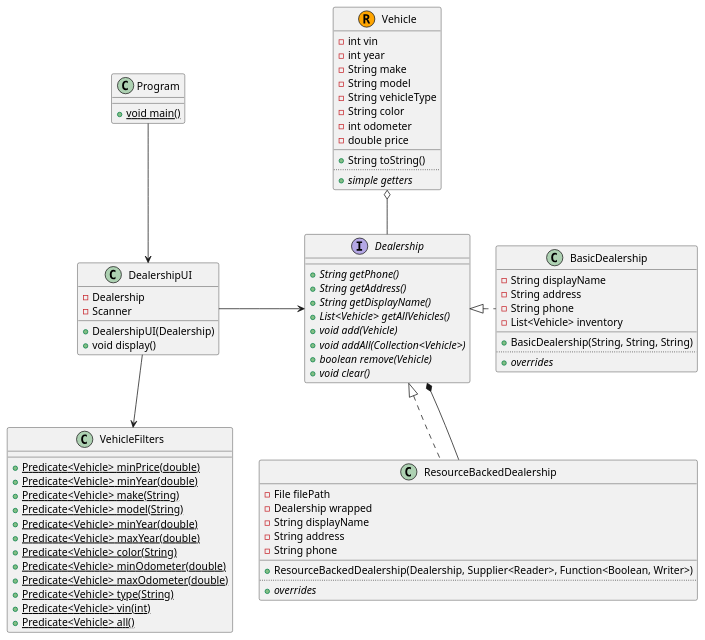
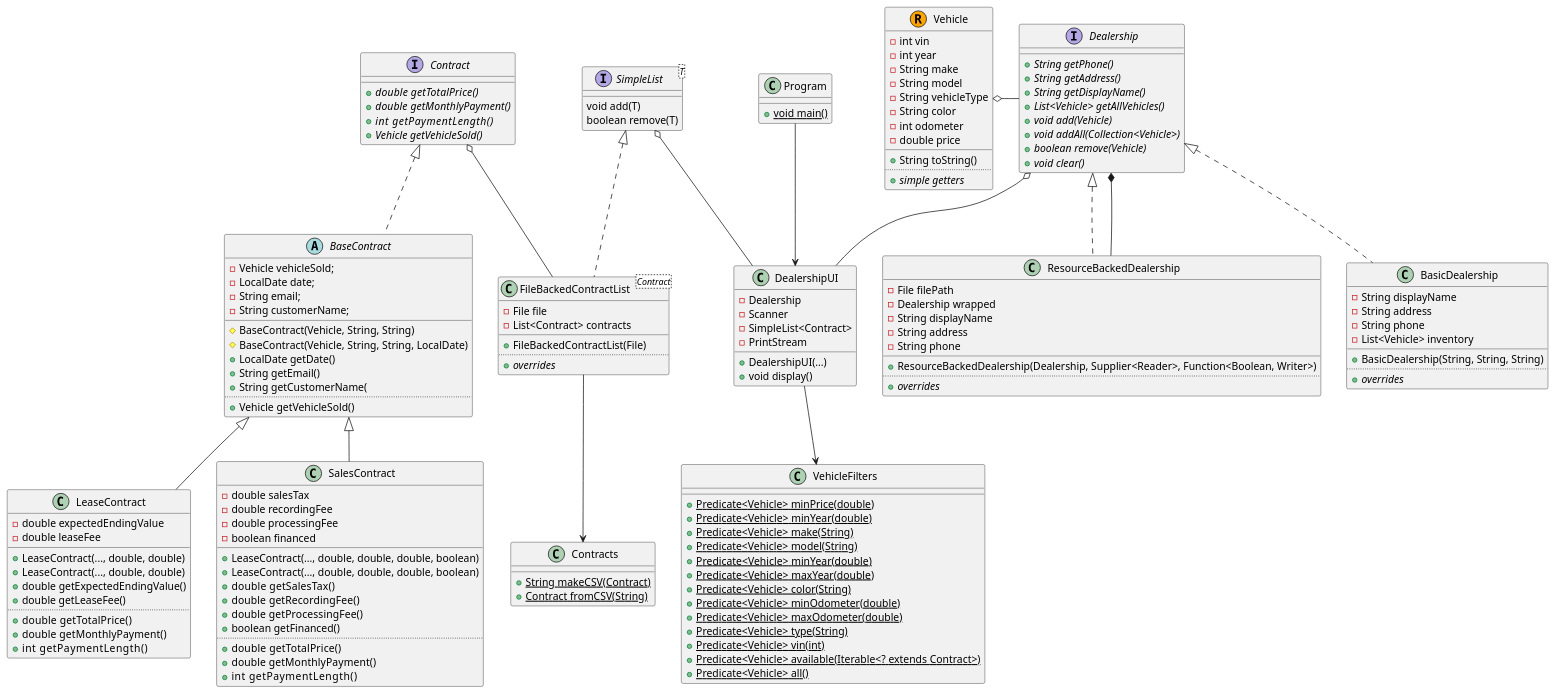
Before and after one commit to Benjamin-Bergman/CarDealership: the diagram in Class_Diagram.puml, drawn with PlantUML. The commit also changed 1 other file, not shown here.

Commit message:
Update Class Diagram

```diff
--- a/Class_Diagram.puml
+++ b/Class_Diagram.puml
@@ -1,79 +1,164 @@
 @startuml
 class Program {
 + {static} void main()
 }
 class DealershipUI {
 - Dealership
 - Scanner
-+ DealershipUI(Dealership)
+- SimpleList<Contract>
+- PrintStream
++ DealershipUI(...)
 + void display()
 }
-together {
-    interface Dealership {
-    + {abstract} String getPhone()
-    + {abstract} String getAddress()
-    + {abstract} String getDisplayName()
-    + {abstract} List<Vehicle> getAllVehicles()
-    + {abstract} void add(Vehicle)
-    + {abstract} void addAll(Collection<Vehicle>)
-    + {abstract} boolean remove(Vehicle)
-    + {abstract} void clear()
-    }
-    class BasicDealership {
-    - String displayName
-    - String address
-    - String phone
-    - List<Vehicle> inventory
-    __
-    + BasicDealership(String, String, String)
-    ..
-    + {abstract} {method} overrides
-    }
-    class ResourceBackedDealership Implements Dealership {
-    - File filePath
-    - Dealership wrapped
-    - String displayName
-    - String address
-    - String phone
-    __
-    + ResourceBackedDealership(Dealership, Supplier<Reader>, Function<Boolean, Writer>)
-    ..
-    + {abstract} {method} overrides
-    }
+interface Dealership {
++ {abstract} String getPhone()
++ {abstract} String getAddress()
++ {abstract} String getDisplayName()
++ {abstract} List<Vehicle> getAllVehicles()
++ {abstract} void add(Vehicle)
++ {abstract} void addAll(Collection<Vehicle>)
++ {abstract} boolean remove(Vehicle)
++ {abstract} void clear()
+}
+class BasicDealership {
+- String displayName
+- String address
+- String phone
+- List<Vehicle> inventory
+__
++ BasicDealership(String, String, String)
+..
++ {abstract} {method} overrides
+}
+class ResourceBackedDealership Implements Dealership {
+- File filePath
+- Dealership wrapped
+- String displayName
+- String address
+- String phone
+__
++ ResourceBackedDealership(Dealership, Supplier<Reader>, Function<Boolean, Writer>)
+..
++ {abstract} {method} overrides
 }
 class Vehicle << (R,orange) >> {
 - int vin
 - int year
 - String make
 - String model
 - String vehicleType
 - String color
 - int odometer
 - double price
 __
 + String toString()
 ..
 + {abstract} {method} simple getters
 }
 class VehicleFilters {
 + {static} Predicate<Vehicle> minPrice(double)
 + {static} Predicate<Vehicle> minYear(double)
 + {static} Predicate<Vehicle> make(String)
 + {static} Predicate<Vehicle> model(String)
 + {static} Predicate<Vehicle> minYear(double)
 + {static} Predicate<Vehicle> maxYear(double)
 + {static} Predicate<Vehicle> color(String)
 + {static} Predicate<Vehicle> minOdometer(double)
 + {static} Predicate<Vehicle> maxOdometer(double)
 + {static} Predicate<Vehicle> type(String)
 + {static} Predicate<Vehicle> vin(int)
++ {static} Predicate<Vehicle> available(Iterable<? extends Contract>)
 + {static} Predicate<Vehicle> all()
 }
 
+interface SimpleList<T> {
+void add(T)
+boolean remove(T)
+}
+class FileBackedContractList<Contract> implements SimpleList {
+    - File file
+    - List<Contract> contracts
+    __
+    + FileBackedContractList(File)
+    ..
+    + {abstract} {method} overrides
+}
+interface Contract {
+    + {abstract} double  getTotalPrice()
+    + {abstract} double  getMonthlyPayment()
+    + {abstract} int     getPaymentLength()
+    + {abstract} Vehicle getVehicleSold()
+   }
+abstract class BaseContract implements Contract {
+- Vehicle vehicleSold;
+- LocalDate date;
+- String email;
+- String customerName;
+__
+# BaseContract(Vehicle, String, String)
+# BaseContract(Vehicle, String, String, LocalDate)
++ LocalDate getDate()
++ String getEmail()
++ String getCustomerName(
+..
++ Vehicle getVehicleSold()
+}
+class SalesContract extends BaseContract {
+- double salesTax
+- double recordingFee
+- double processingFee
+- boolean financed
+__
++ LeaseContract(..., double, double, double, boolean)
++ LeaseContract(..., double, double, double, boolean)
++ double  getSalesTax()
++ double  getRecordingFee()
++ double  getProcessingFee()
++ boolean getFinanced()
+..
++ double  getTotalPrice()
++ double  getMonthlyPayment()
++ int     getPaymentLength()
+}
+class LeaseContract extends BaseContract {
+- double expectedEndingValue
+- double leaseFee
+__
++ LeaseContract(..., double, double)
++ LeaseContract(..., double, double)
++ double getExpectedEndingValue()
++ double getLeaseFee()
+..
++ double  getTotalPrice()
++ double  getMonthlyPayment()
++ int     getPaymentLength()
+}
+class Contracts {
++ {static} String makeCSV(Contract)
++ {static} Contract fromCSV(String)
+}
+
+together {
+    interface Dealership
+    class BasicDealership
+    class ResourceBackedDealership
+    class Vehicle
+}
+
+together {
+    interface Contract
+    abstract BaseContract
+    class LeaseContract
+    class SalesContract
+}
+
 Dealership *-- ResourceBackedDealership
-Vehicle o-- Dealership
+Vehicle o-r- Dealership
 DealershipUI <-u- Program
-Dealership <- DealershipUI
+Dealership o-- DealershipUI
+SimpleList o-- DealershipUI
 VehicleFilters <-u- DealershipUI
-Dealership <|.r. BasicDealership
+Dealership <|.. BasicDealership
+Contract o-- FileBackedContractList
+Contracts <-u- FileBackedContractList
 @enduml
```
